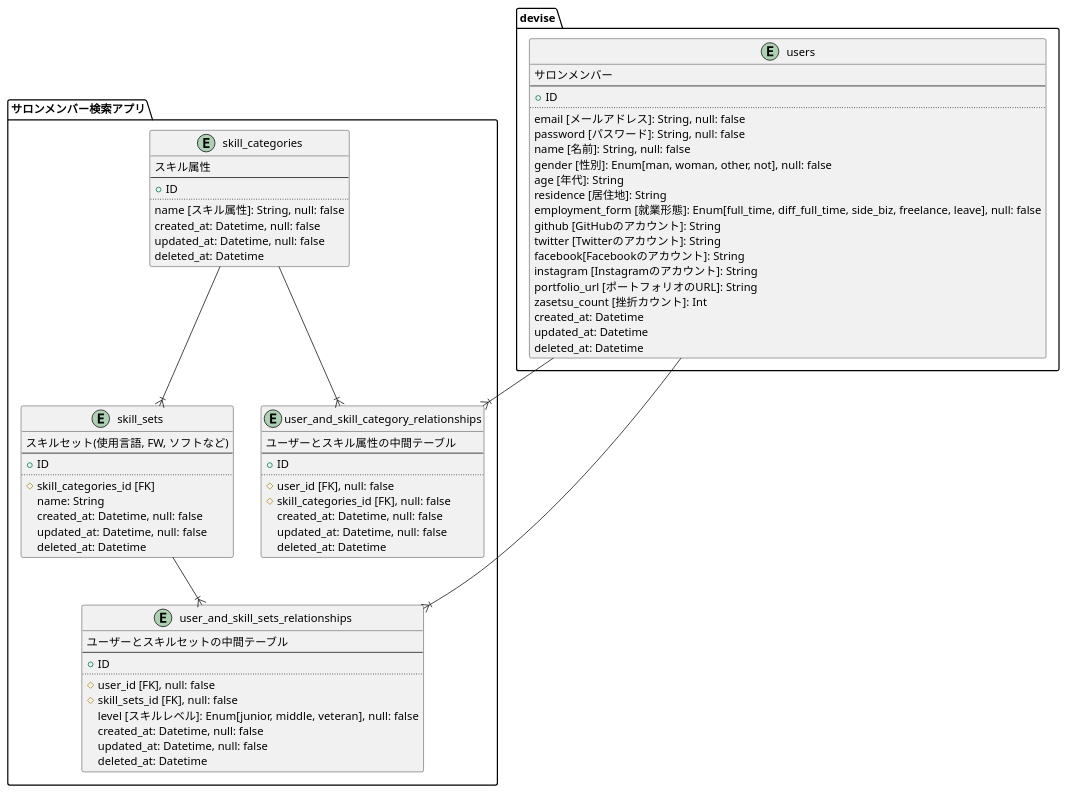
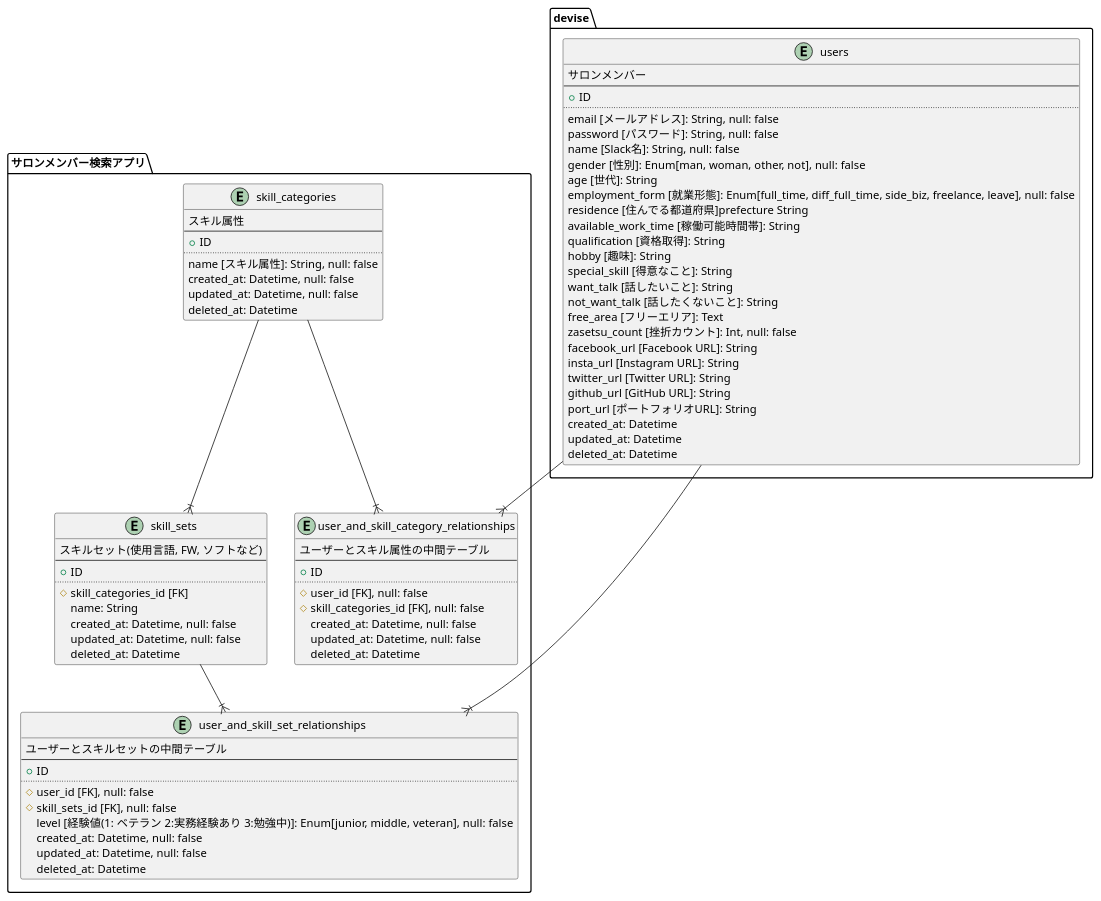
One commit to zasetsu-norikoe-salon/zasetsu_norikoe_app changed the diagram in DB.puml. Above: the diagram before and after it, drawn with PlantUML. The commit also changed 1 other file, not shown here.

```diff
--- a/DB.puml
+++ b/DB.puml
@@ -1,90 +1,97 @@
 @startuml
 'ユーザー'
 package devise {
     entity users{
         サロンメンバー
         --
         + ID
         ..
         email [メールアドレス]: String, null: false
         password [パスワード]: String, null: false
-        name [名前]: String, null: false
+        name [Slack名]: String, null: false
         gender [性別]: Enum[man, woman, other, not], null: false
-        age [年代]: String
-        residence [居住地]: String
+        age [世代]: String
         employment_form [就業形態]: Enum[full_time, diff_full_time, side_biz, freelance, leave], null: false
-        github [GitHubのアカウント]: String
-        twitter [Twitterのアカウント]: String
-        facebook[Facebookのアカウント]: String
-        instagram [Instagramのアカウント]: String
-        portfolio_url [ポートフォリオのURL]: String
-        zasetsu_count [挫折カウント]: Int
+        residence [住んでる都道府県]prefecture String
+        available_work_time [稼働可能時間帯]: String
+        qualification [資格取得]: String
+        hobby [趣味]: String
+        special_skill [得意なこと]: String
+        want_talk [話したいこと]: String
+        not_want_talk [話したくないこと]: String
+        free_area [フリーエリア]: Text
+        zasetsu_count [挫折カウント]: Int, null: false
+        facebook_url [Facebook URL]: String
+        insta_url [Instagram URL]: String
+        twitter_url [Twitter URL]: String
+        github_url [GitHub URL]: String
+        port_url [ポートフォリオURL]: String
         created_at: Datetime
         updated_at: Datetime
         deleted_at: Datetime
     }
 }
 
 package サロンメンバー検索アプリ {
     'スキル'
     entity skill_categories {
         スキル属性
         --
         + ID
         ..
         name [スキル属性]: String, null: false
         created_at: Datetime, null: false
         updated_at: Datetime, null: false
         deleted_at: Datetime
     }
 
     '技術'
     entity skill_sets {
         スキルセット(使用言語, FW, ソフトなど)
         --
         + ID
         ..
         # skill_categories_id [FK]
         name: String
         created_at: Datetime, null: false
         updated_at: Datetime, null: false
         deleted_at: Datetime
     }
 
     'ユーザーとスキルカテゴリーの中間テーブル'
     entity user_and_skill_category_relationships {
         ユーザーとスキル属性の中間テーブル
         --
         + ID
         ..
         # user_id [FK], null: false
         # skill_categories_id [FK], null: false
         created_at: Datetime, null: false
         updated_at: Datetime, null: false
         deleted_at: Datetime
     }
 
     'ユーザーとスキルセットの中間テーブル'
-    entity user_and_skill_sets_relationships {
+    entity user_and_skill_set_relationships {
         ユーザーとスキルセットの中間テーブル
         --
         + ID
         ..
         # user_id [FK], null: false
         # skill_sets_id [FK], null: false
-        level [スキルレベル]: Enum[junior, middle, veteran], null: false
+        level [経験値(1: ベテラン 2:実務経験あり 3:勉強中)]: Enum[junior, middle, veteran], null: false
         created_at: Datetime, null: false
         updated_at: Datetime, null: false
         deleted_at: Datetime
     }
 }
 
 users --|{ user_and_skill_category_relationships
 skill_categories --|{ user_and_skill_category_relationships
 
-users --|{ user_and_skill_sets_relationships
-skill_sets --|{ user_and_skill_sets_relationships
+users --|{ user_and_skill_set_relationships
+skill_sets --|{ user_and_skill_set_relationships
 
 skill_categories --|{ skill_sets
 
 @enduml
```
